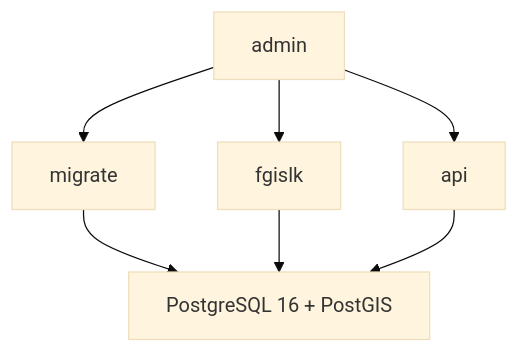
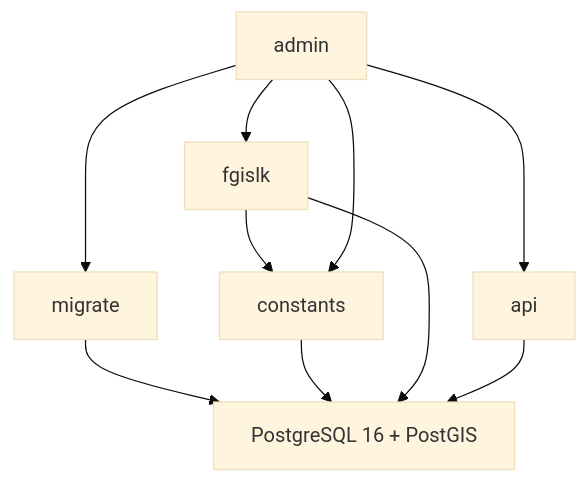
Before and after one commit to AversIgor/dbms: the diagram in Архитектура.md, drawn with Mermaid (base theme). The commit also changed other lines of this file and 30 other files, not shown here.

````diff
--- a/Архитектура.md
+++ b/Архитектура.md
@@ -25,14 +26,18 @@
 ```mermaid
 flowchart TB
   PG["PostgreSQL 16 + PostGIS"]
   Migrate["migrate"]
+  Const["constants"]
   Import["fgislk"]
   Api["api"]
   Admin["admin"]
   Migrate --> PG
+  Const --> PG
   Import --> PG
   Api --> PG
+  Import --> Const
   Admin --> Migrate
+  Admin --> Const
   Admin --> Import
   Admin --> Api
 ```
````
